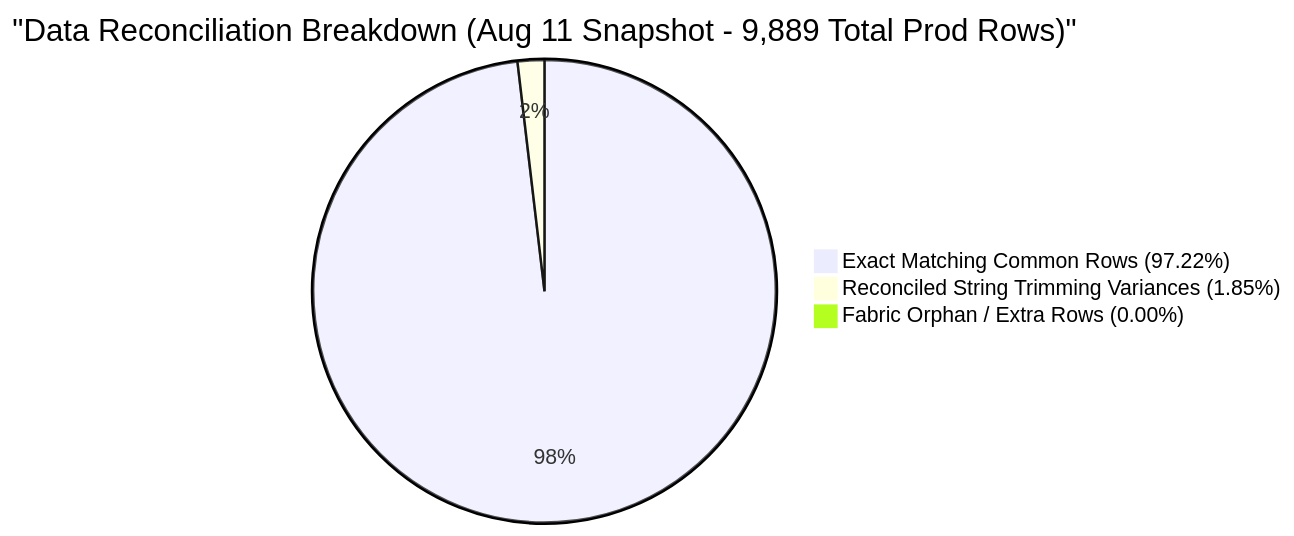
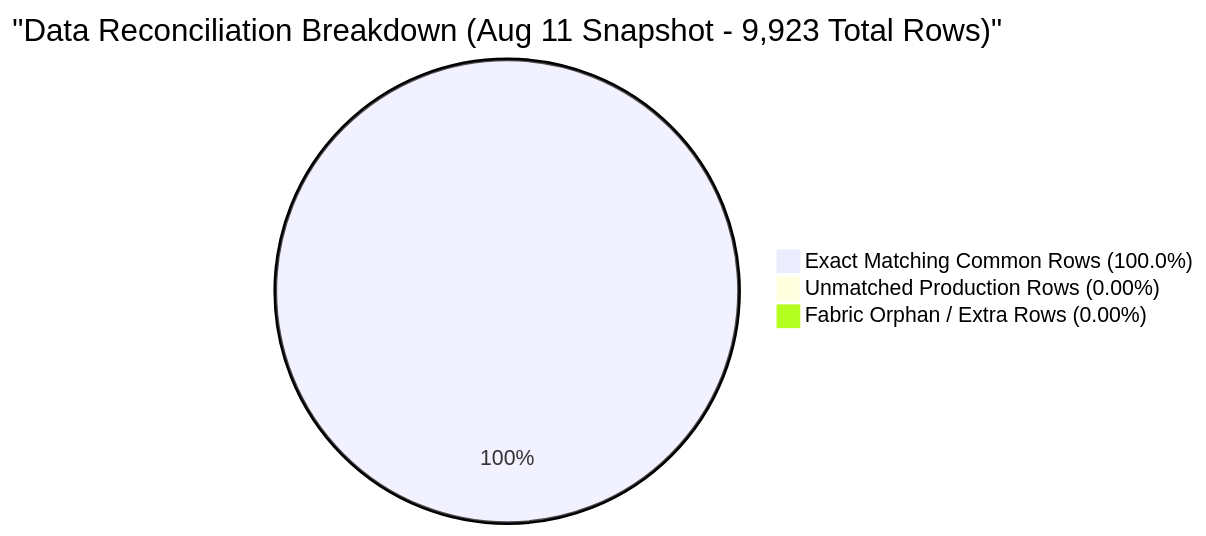
One commit to NeelmaniR-Useready/PolarDocs changed the fourth of 4 diagrams in Final_Report.md. Above: the diagram before and after it, drawn with Mermaid. The commit also changed other lines of this file and 9 other files, not shown here.

````diff
--- a/Final_Report.md
+++ b/Final_Report.md
@@ -61,6 +79,6 @@
 ```mermaid
-pie title "Data Reconciliation Breakdown (Aug 11 Snapshot - 9,889 Total Prod Rows)"
-    "Exact Matching Common Rows (97.22%)" : 9614
-    "Reconciled String Trimming Variances (1.85%)" : 183
+pie title "Data Reconciliation Breakdown (Aug 11 Snapshot - 9,923 Total Rows)"
+    "Exact Matching Common Rows (100.0%)" : 9923
+    "Unmatched Production Rows (0.00%)" : 0
     "Fabric Orphan / Extra Rows (0.00%)" : 0
 ```
````
